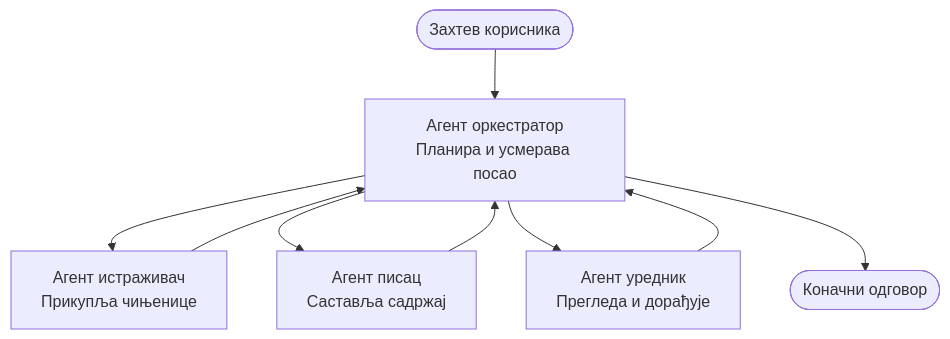
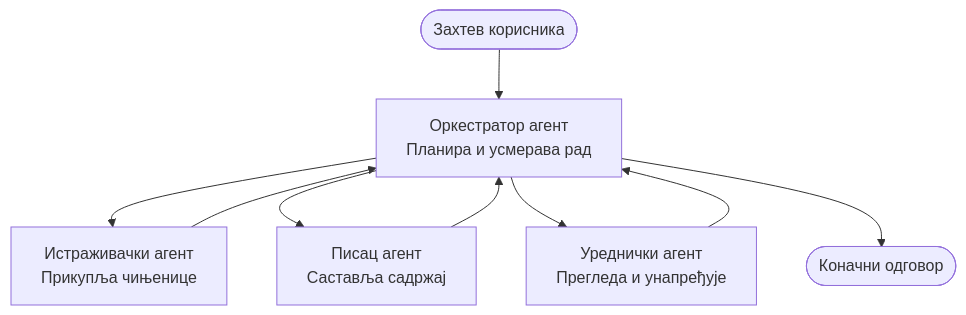
Before and after one commit to microsoft/AZD-for-beginners: the diagram in translations/sr/docs/chapter-05-multi-agent/multi-agent-basics.md, drawn with Mermaid. The commit also changed other lines of this file and 60 other files, not shown here.

````diff
--- a/translations/sr/docs/chapter-05-multi-agent/multi-agent-basics.md
+++ b/translations/sr/docs/chapter-05-multi-agent/multi-agent-basics.md
@@ -43,11 +43,11 @@
 ```mermaid
 graph TD
-    User([Захтев корисника]) --> Orchestrator[Агент оркестратор<br/>Планира и усмерава посао]
-    Orchestrator --> Researcher[Агент истраживач<br/>Прикупља чињенице]
-    Orchestrator --> Writer[Агент писац<br/>Саставља садржај]
-    Orchestrator --> Editor[Агент уредник<br/>Прегледа и дорађује]
+    User([Захтев корисника]) --> Orchestrator[Оркестратор агент<br/>Планира и усмерава рад]
+    Orchestrator --> Researcher[Истраживачки агент<br/>Прикупља чињенице]
+    Orchestrator --> Writer[Писац агент<br/>Саставља садржај]
+    Orchestrator --> Editor[Уреднички агент<br/>Прегледа и унапређује]
     Researcher --> Orchestrator
     Writer --> Orchestrator
     Editor --> Orchestrator
     Orchestrator --> Result([Коначни одговор])
 ```
````
